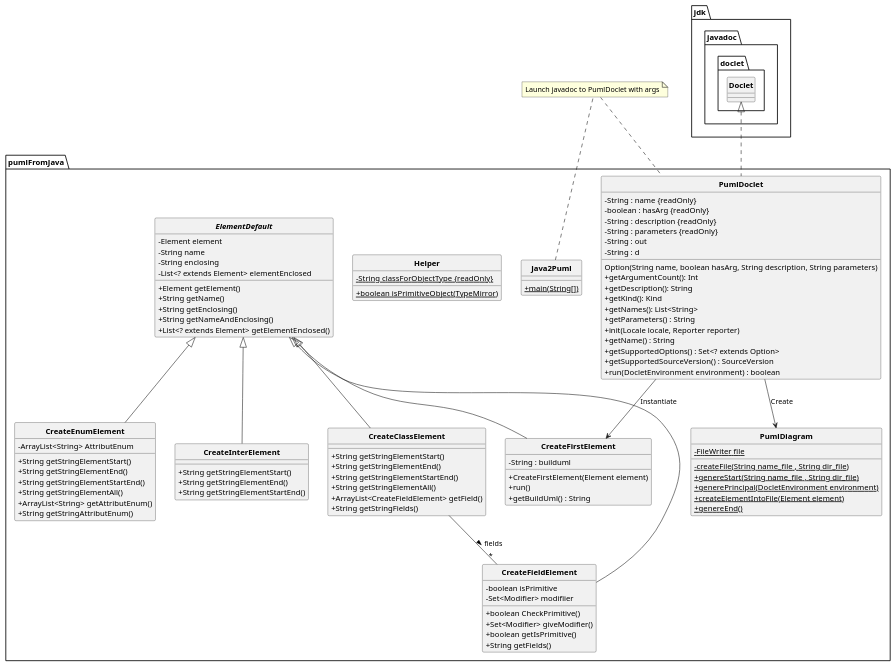
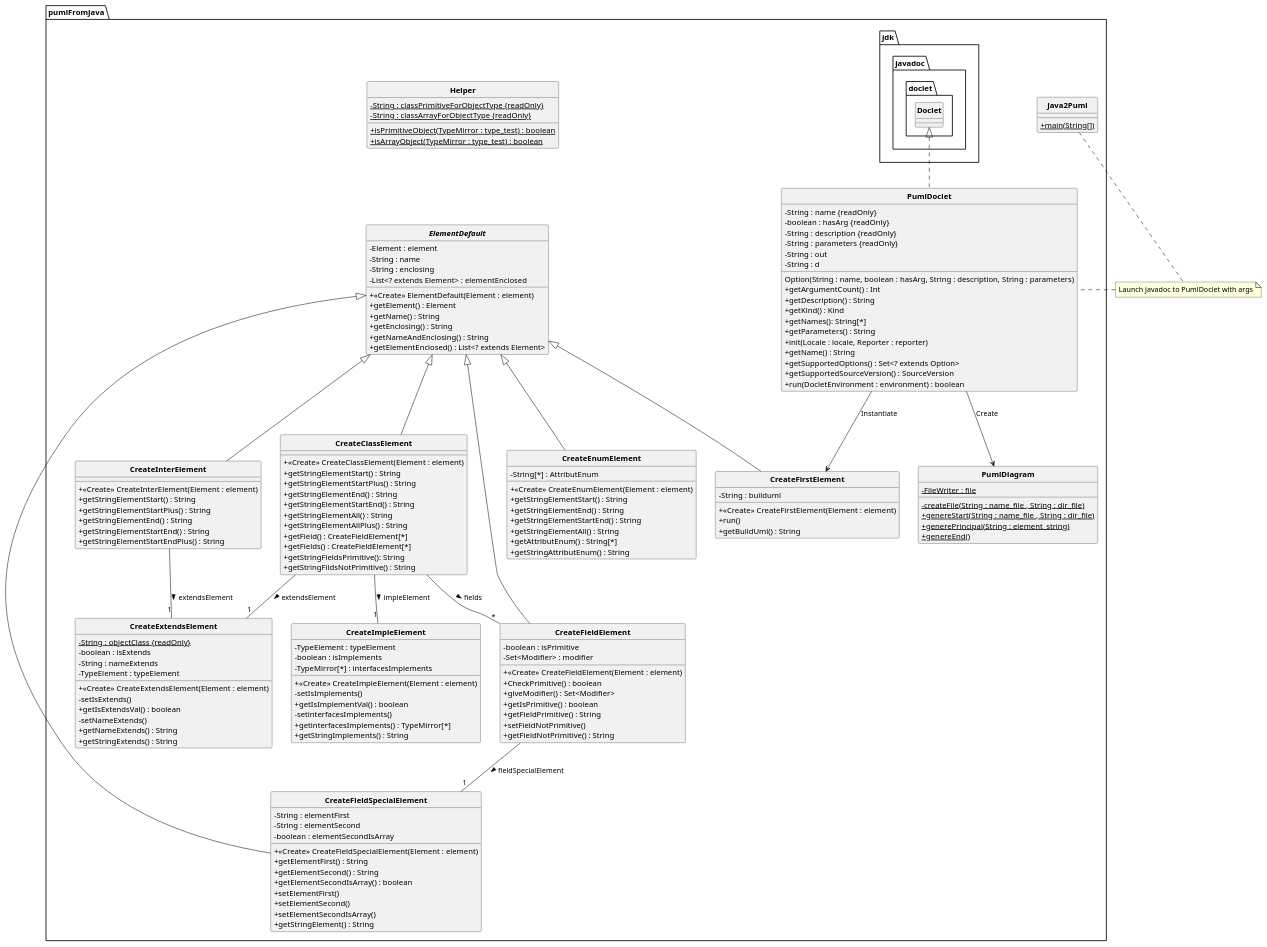
The diagram in uml/DCCpumlFromJava.puml (Tommot67/PumlFromJava), drawn with PlantUML before and after one commit. The commit also changed 1 other file, not shown here.

```diff
--- a/uml/DCCpumlFromJava.puml
+++ b/uml/DCCpumlFromJava.puml
@@ -1,137 +1,185 @@
 @startuml
 'https://plantuml.com/class-diagram
 skinparam classAttributeIconSize 0
 skinparam classFontStyle Bold
 skinparam style strictuml
+
 package "pumlFromJava"
 {
     class PumlDoclet
     {
-        -String : name {readOnly}
-        -boolean : hasArg {readOnly}
-        -String : description {readOnly}
-        -String : parameters {readOnly}
-        -String : out
-        -String : d
-
-
-        Option(String name, boolean hasArg, String description, String parameters)
-        +getArgumentCount(): Int
-        +getDescription(): String
-        +getKind(): Kind
-        +getNames(): List<String>
-        +getParameters() : String
-        +init(Locale locale, Reporter reporter)
-        +getName() : String
-        +getSupportedOptions() : Set<? extends Option>
-        +getSupportedSourceVersion() : SourceVersion
-        +run(DocletEnvironment environment) : boolean
-
+        - String : name {readOnly}
+        - boolean : hasArg {readOnly}
+        - String : description {readOnly}
+        - String : parameters {readOnly}
+        - String : out
+        - String : d
+        Option(String : name, boolean : hasArg, String : description, String : parameters)
+        + getArgumentCount() : Int
+        + getDescription() : String
+        + getKind() : Kind
+        + getNames(): String[*]
+        + getParameters() : String
+        + init(Locale : locale, Reporter : reporter)
+        + getName() : String
+        + getSupportedOptions() : Set<? extends Option>
+        + getSupportedSourceVersion() : SourceVersion
+        + run(DocletEnvironment : environment) : boolean
     }
     class Java2Puml
     {
         + {static} main(String[])
+    }
 
-    }
     class PumlDiagram
     {
-        -FileWriter file {static}
-        -createFile(String name_file , String dir_file) {static}
-        +genereStart(String name_file , String dir_file)  {static}
-        +generePrincipal(DocletEnvironment environment) {static}
-        +createElementIntoFile(Element element) {static}
-        +genereEnd() {static}
+        - FileWriter : file {static}
+        - createFile(String : name_file , String : dir_file) {static}
+        + genereStart(String : name_file , String : dir_file)  {static}
+        + generePrincipal(String : element_string) {static}
+        + genereEnd() {static}
     }
 
     class CreateFirstElement
     {
-        -String : builduml
+        - String : builduml
+        + <<Create>> CreateFirstElement(Element : element)
+        + run()
+        + getBuildUml() : String
+    }
 
-        +CreateFirstElement(Element element)
-        +run()
-        +getBuildUml() : String
+    class CreateExtendsElement
+    {
+        - String {static} : objectClass {readOnly}
+        - boolean : isExtends
+        - String : nameExtends
+        - TypeElement : typeElement
+        + <<Create>> CreateExtendsElement(Element : element)
+        - setIsExtends()
+        + getIsExtendsVal() : boolean
+        - setNameExtends()
+        + getNameExtends() : String
+        + getStringExtends() : String
     }
+
+    class Helper
+    {
+        - {static} String : classPrimitiveForObjectType {readOnly}
+        - {static} String : classArrayForObjectType {readOnly}
+        + {static} isPrimitiveObject(TypeMirror : type_test) : boolean
+        + {static} isArrayObject(TypeMirror : type_test) : boolean
+    }
+
+    class CreateInterElement
+    {
+        + <<Create>> CreateInterElement(Element : element)
+        + getStringElementStart() : String
+        + getStringElementStartPlus() : String
+        + getStringElementEnd() : String
+        + getStringElementStartEnd() : String
+        + getStringElementStartEndPlus() : String
+    }
+
+    class CreateClassElement
+    {
+        + <<Create>> CreateClassElement(Element : element)
+        + getStringElementStart() : String
+        + getStringElementStartPlus() : String
+        + getStringElementEnd() : String
+        + getStringElementStartEnd() : String
+        + getStringElementAll() : String
+        + getStringElementAllPlus() : String
+        + getField() : CreateFieldElement[*]
+        + getFields() : CreateFieldElement[*]
+        + getStringFieldsPrimitive(): String
+        + getStringFildsNotPrimitive() : String
+    }
+
+    class CreateFieldElement
+    {
+        - boolean : isPrimitive
+        - Set<Modifier> : modifier
+        + <<Create>> CreateFieldElement(Element : element)
+        + CheckPrimitive() : boolean
+        + giveModifier() : Set<Modifier>
+        + getIsPrimitive() : boolean
+        + getFieldPrimitive() : String
+        + setFieldNotPrimitive()
+        + getFieldNotPrimitive() : String
+    }
+
+    abstract class ElementDefault
+    {
+        - Element : element
+        - String : name
+        - String : enclosing
+        - List<? extends Element> : elementEnclosed
+        + <<Create>> ElementDefault(Element : element)
+        + getElement() : Element
+        + getName() : String
+        + getEnclosing() : String
+        + getNameAndEnclosing() : String
+        + getElementEnclosed() : List<? extends Element>
+    }
+
+    class CreateEnumElement
+    {
+        - String[*] : AttributEnum
+        + <<Create>> CreateEnumElement(Element : element)
+        + getStringElementStart() : String
+        + getStringElementEnd() : String
+        + getStringElementStartEnd() : String
+        + getStringElementAll() : String
+        + getAttributEnum() : String[*]
+        + getStringAttributEnum() : String
+    }
+
+    class CreateImpleElement {
+        - TypeElement : typeElement
+        - boolean : isImplements
+        - TypeMirror[*] : interfacesImplements
+        + <<Create>> CreateImpleElement(Element : element)
+        - setIsImplements()
+        + getIsImplementVal() : boolean
+        - setinterfacesImplements()
+        + getinterfacesImplements() : TypeMirror[*]
+        + getStringImplements() : String
+    }
+
+    class CreateFieldSpecialElement
+    {
+        - String : elementFirst
+        - String : elementSecond
+        - boolean : elementSecondIsArray
+        + <<Create>> CreateFieldSpecialElement(Element : element)
+        + getElementFirst() : String
+        + getElementSecond() : String
+        + getElementSecondIsArray() : boolean
+        + setElementFirst()
+        + setElementSecond()
+        + setElementSecondIsArray()
+        + getStringElement() : String
+    }
+
+    jdk.javadoc.doclet.Doclet <|.. PumlDoclet
+    ElementDefault <|-- CreateInterElement
+    ElementDefault <|-- CreateClassElement
+    ElementDefault <|-- CreateFieldElement
+    ElementDefault <|-- CreateEnumElement
+    ElementDefault <|-- CreateFirstElement
+    ElementDefault <|-- CreateFieldSpecialElement
     PumlDoclet --> PumlDiagram : "Create"
     PumlDoclet --> CreateFirstElement : "Instantiate"
 
-
-
+    CreateClassElement -- "*" CreateFieldElement : > fields
+    CreateClassElement -- "1" CreateExtendsElement : > extendsElement
+    CreateClassElement -- "1" CreateImpleElement : > impleElement
+    CreateInterElement -- "1" CreateExtendsElement : > extendsElement
+    CreateFieldElement -- "1" CreateFieldSpecialElement : > fieldSpecialElement
 }
-class pumlFromJava.Helper {
-- {static} String classForObjectType {readOnly}
-+ {static} boolean isPrimitiveObject(TypeMirror) {static}
-}
-
-class pumlFromJava.CreateInterElement {
-+ String getStringElementStart()
-+ String getStringElementEnd()
-+ String getStringElementStartEnd()
-}
-
-class pumlFromJava.CreateClassElement {
-+ String getStringElementStart()
-+ String getStringElementEnd()
-+ String getStringElementStartEnd()
-+ String getStringElementAll()
-+ ArrayList<CreateFieldElement> getField()
-+ String getStringFields()
-}
-
-class pumlFromJava.CreateFieldElement {
-- boolean isPrimitive
-- Set<Modifier> modifiier
-+ boolean CheckPrimitive()
-+ Set<Modifier> giveModifier()
-+ boolean getIsPrimitive()
-+ String getFields()
-}
-
-
-abstract class pumlFromJava.ElementDefault {
-- Element element
-- String name
-- String enclosing
-- List<? extends Element> elementEnclosed
-+ Element getElement()
-+ String getName()
-+ String getEnclosing()
-+ String getNameAndEnclosing()
-+ List<? extends Element> getElementEnclosed()
-}
-
-class pumlFromJava.CreateEnumElement {
-- ArrayList<String> AttributEnum
-+ String getStringElementStart()
-+ String getStringElementEnd()
-+ String getStringElementStartEnd()
-+ String getStringElementAll()
-+ ArrayList<String> getAttributEnum()
-+ String getStringAttributEnum()
-}
-
-jdk.javadoc.doclet.Doclet <|.. pumlFromJava.PumlDoclet
-pumlFromJava.ElementDefault <|-- pumlFromJava.CreateInterElement
-pumlFromJava.ElementDefault <|-- pumlFromJava.CreateClassElement
-pumlFromJava.ElementDefault <|-- pumlFromJava.CreateFieldElement
-pumlFromJava.ElementDefault <|-- pumlFromJava.CreateEnumElement
-pumlFromJava.ElementDefault <|-- pumlFromJava.CreateFirstElement
-
-CreateClassElement -- "*" CreateFieldElement : > fields
-
-'Java2Puml --> JavaDoc : "Use"'
 
 note "Launch javadoc to PumlDoclet with args" as N2
 Java2Puml .. N2
 N2 .. PumlDoclet
 
-/'interface Doclet {
-    + init(locale : Locale, reporter : Reporter)
-    + getName() : String
-    + SourceVersion getSupportedSourceVersion()
-    + run(environment : DocletEnvironment) : Boolean
-}'/
-
-
-
-
 @enduml
```
